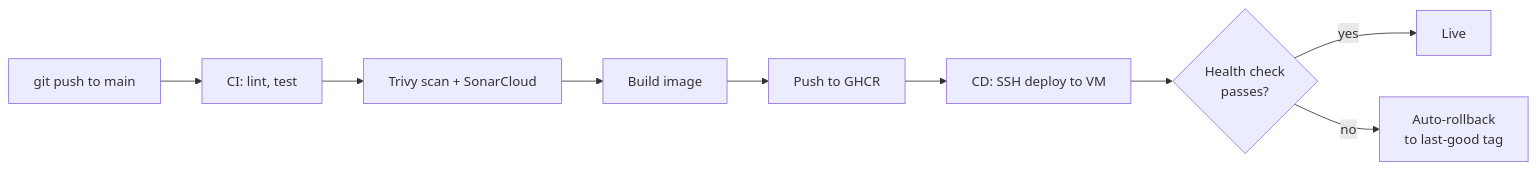
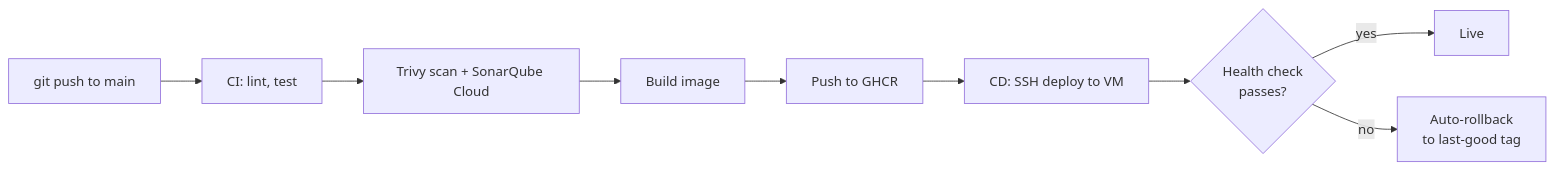
The second of 2 diagrams in README.md (E-Vanika/solo-sre-project), drawn with Mermaid before and after one commit. The commit also changed other lines of this file and 13 other files, not shown here.

````diff
--- a/README.md
+++ b/README.md
@@ -48,11 +46,11 @@
 ```mermaid
 flowchart LR
     A[git push to main] --> B[CI: lint, test]
-    B --> C[Trivy scan + SonarCloud]
+    B --> C[Trivy scan + SonarQube Cloud]
     C --> D[Build image]
     D --> E[Push to GHCR]
     E --> F[CD: SSH deploy to VM]
     F --> G{Health check<br/>passes?}
     G -->|yes| H[Live]
     G -->|no| I[Auto-rollback<br/>to last-good tag]
 ```
````
